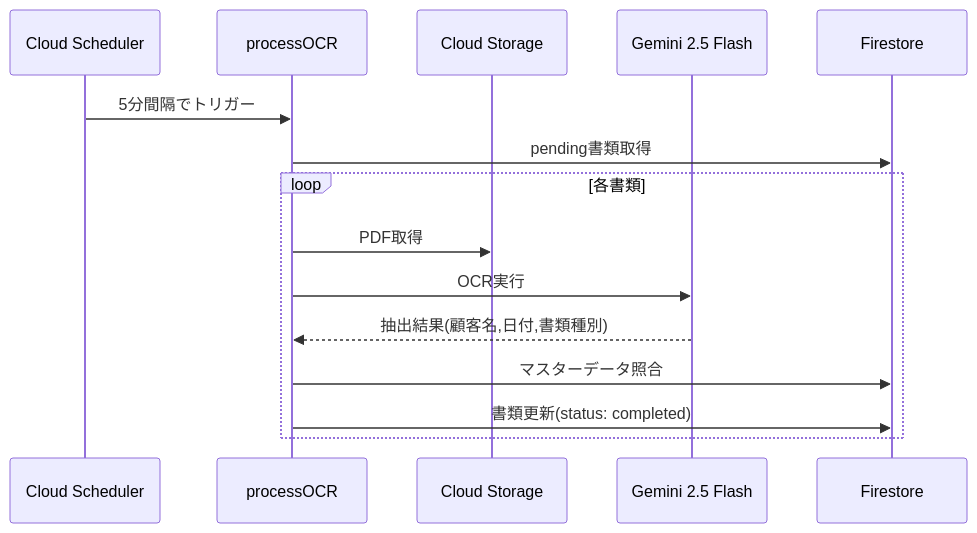
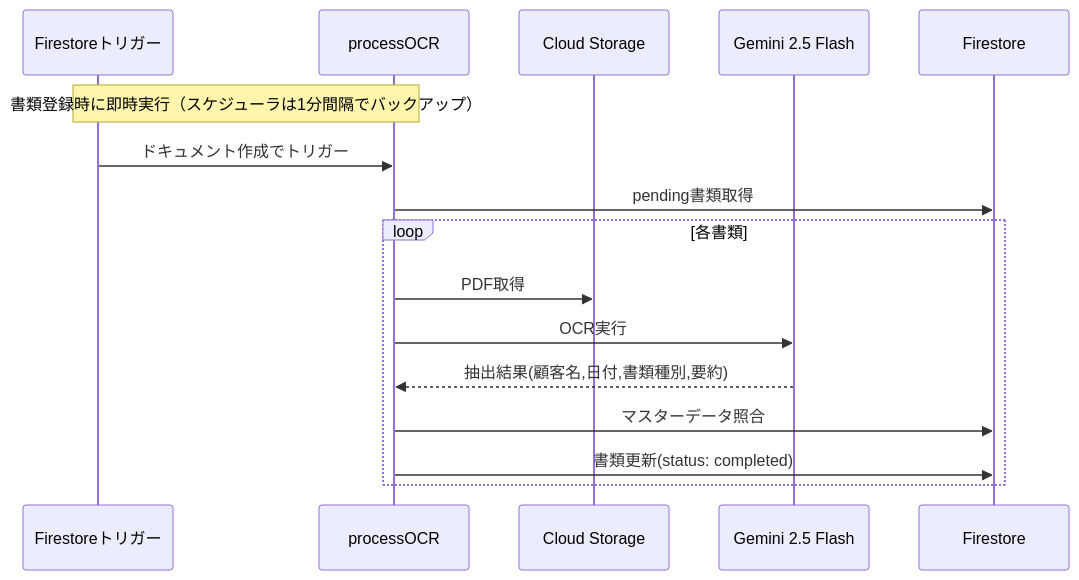
One commit to yasushi-honda/doc-split changed the third of 5 diagrams in docs/architecture.md. Above: the diagram before and after it, drawn with Mermaid. The commit also changed other lines of this file and 1 other file, not shown here.

First line of the commit message:
docs: architecture.md/overview.mdを実装に合わせて更新

````diff
--- a/docs/architecture.md
+++ b/docs/architecture.md
@@ -82,19 +83,20 @@
 ```mermaid
 sequenceDiagram
-    participant Scheduler as Cloud Scheduler
+    participant Trigger as Firestoreトリガー
     participant ProcessOCR as processOCR
     participant Storage as Cloud Storage
     participant Gemini as Gemini 2.5 Flash
     participant Firestore as Firestore
 
-    Scheduler->>ProcessOCR: 5分間隔でトリガー
+    Note over Trigger,ProcessOCR: 書類登録時に即時実行（スケジューラは1分間隔でバックアップ）
+    Trigger->>ProcessOCR: ドキュメント作成でトリガー
     ProcessOCR->>Firestore: pending書類取得
 
     loop 各書類
         ProcessOCR->>Storage: PDF取得
         ProcessOCR->>Gemini: OCR実行
-        Gemini-->>ProcessOCR: 抽出結果(顧客名,日付,書類種別)
+        Gemini-->>ProcessOCR: 抽出結果(顧客名,日付,書類種別,要約)
         ProcessOCR->>Firestore: マスターデータ照合
         ProcessOCR->>Firestore: 書類更新(status: completed)
     end
 ```
````
